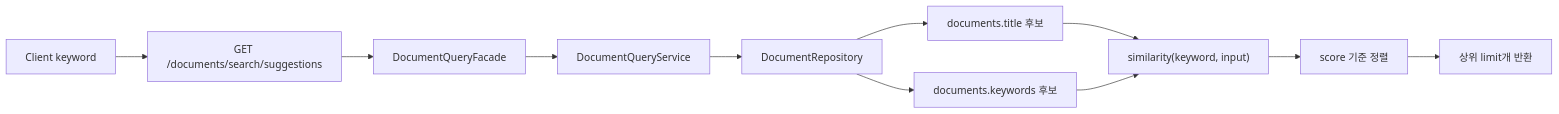
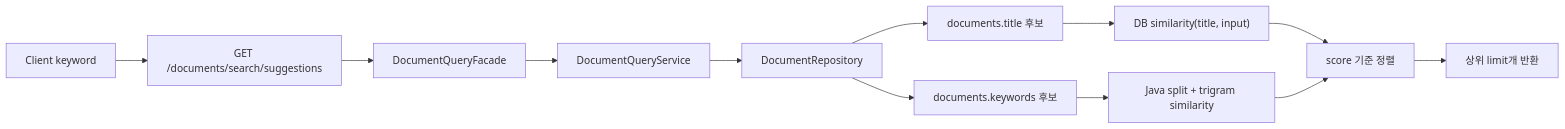
The second of 2 diagrams in docs/search/pg-trgm.md (capstone-ssd/ssd-server), drawn with Mermaid before and after one commit. The commit also changed other lines of this file and 3 other files, not shown here.

````diff
--- a/docs/search/pg-trgm.md
+++ b/docs/search/pg-trgm.md
@@ -55,13 +57,14 @@
 ```mermaid
 flowchart LR
     A["Client keyword"] --> B["GET /documents/search/suggestions"]
     B --> C["DocumentQueryFacade"]
     C --> D["DocumentQueryService"]
     D --> E["DocumentRepository"]
     E --> F["documents.title 후보"]
     E --> G["documents.keywords 후보"]
-    F --> H["similarity(keyword, input)"]
-    G --> H
+    F --> H["DB similarity(title, input)"]
+    G --> K["Java split + trigram similarity"]
     H --> I["score 기준 정렬"]
+    K --> I
     I --> J["상위 limit개 반환"]
 ```
````
